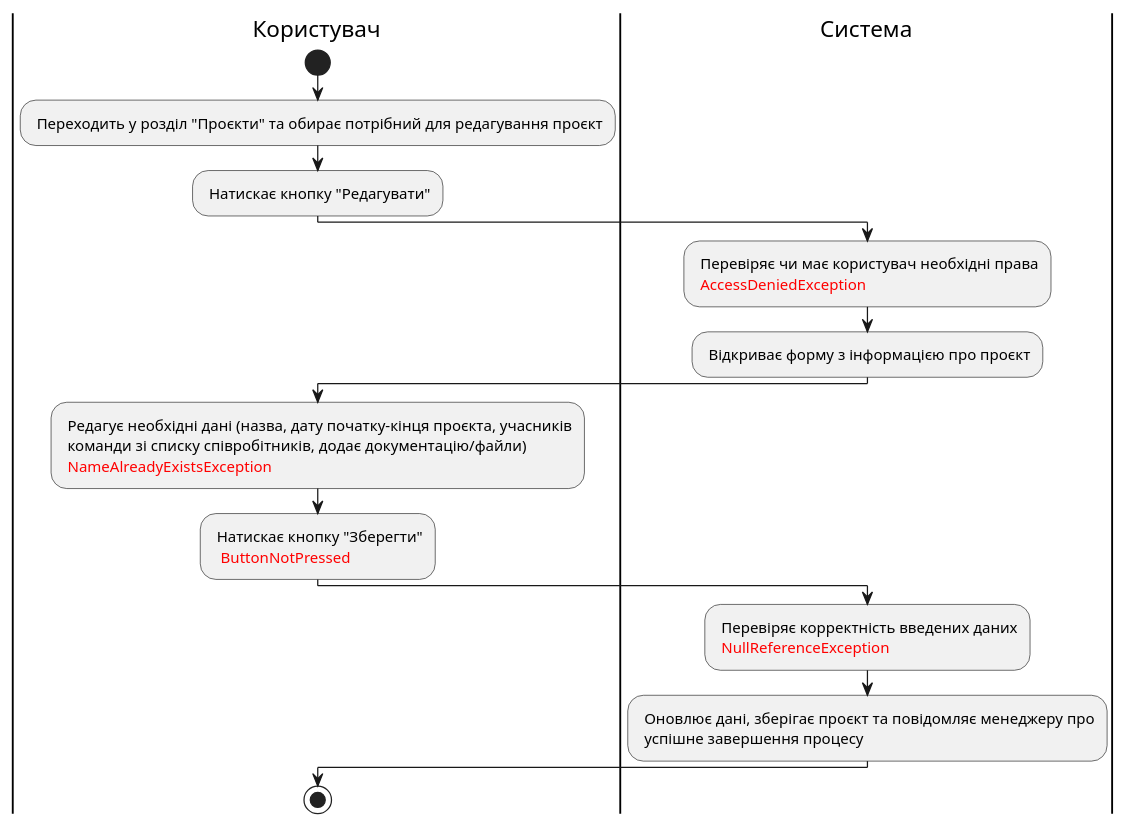
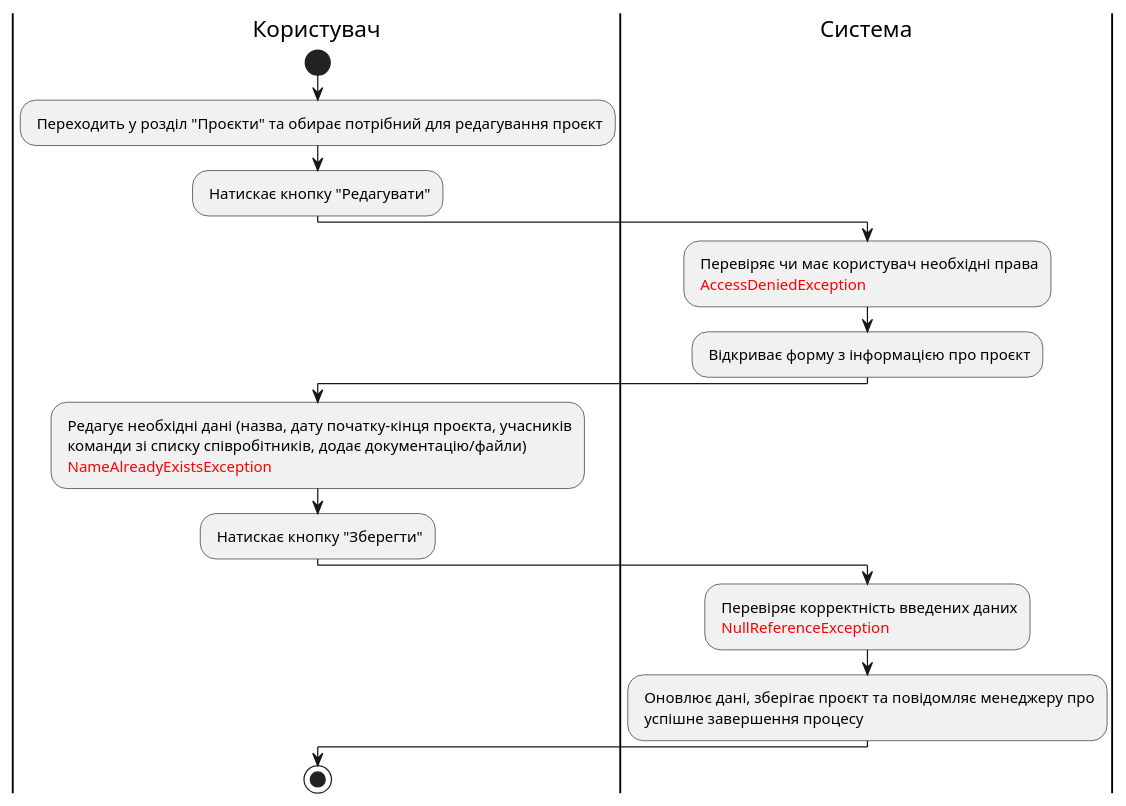
Before and after one commit to makssvelichko/edu_db_labs: diagram 14 of 20 in docs/use cases/README.md, drawn with PlantUML. The commit also changed other lines of this file, not shown here.

Commit message:
Cahnged UML and use cases

```diff
--- a/docs/use cases/README.md
+++ b/docs/use cases/README.md
@@ -466,26 +467,25 @@
 @startuml
 
     |Користувач|
     start;
         : Переходить у розділ "Проєкти" та обирає потрібний для редагування проєкт;
         : Натискає кнопку "Редагувати";
      |Система|
         : Перевіряє чи має користувач необхідні права
          <font color="red">AccessDeniedException</font>;
         : Відкриває форму з інформацією про проєкт;    
     |Користувач|
         : Редагує необхідні дані (назва, дату початку-кінця проєкта, учасників 
          команди зі списку співробітників, додає документацію/файли)
          <font color="red">NameAlreadyExistsException</font>;
     |Користувач|
-        : Натискає кнопку "Зберегти"
-          <font color="red">ButtonNotPressed</font>;
+        : Натискає кнопку "Зберегти";
     |Система|
         : Перевіряє корректність введених даних
          <font color="red">NullReferenceException</font>;
         : Оновлює дані, зберігає проєкт та повідомляє менеджеру про
          успішне завершення процесу;
     |Користувач|
     stop;
 
 @enduml
```
